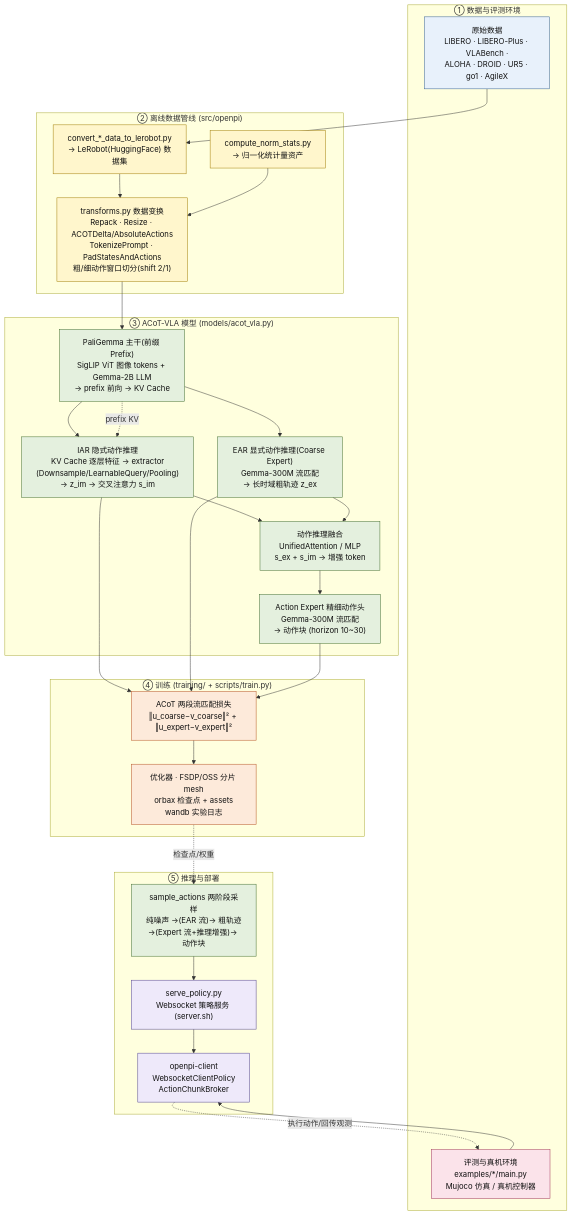
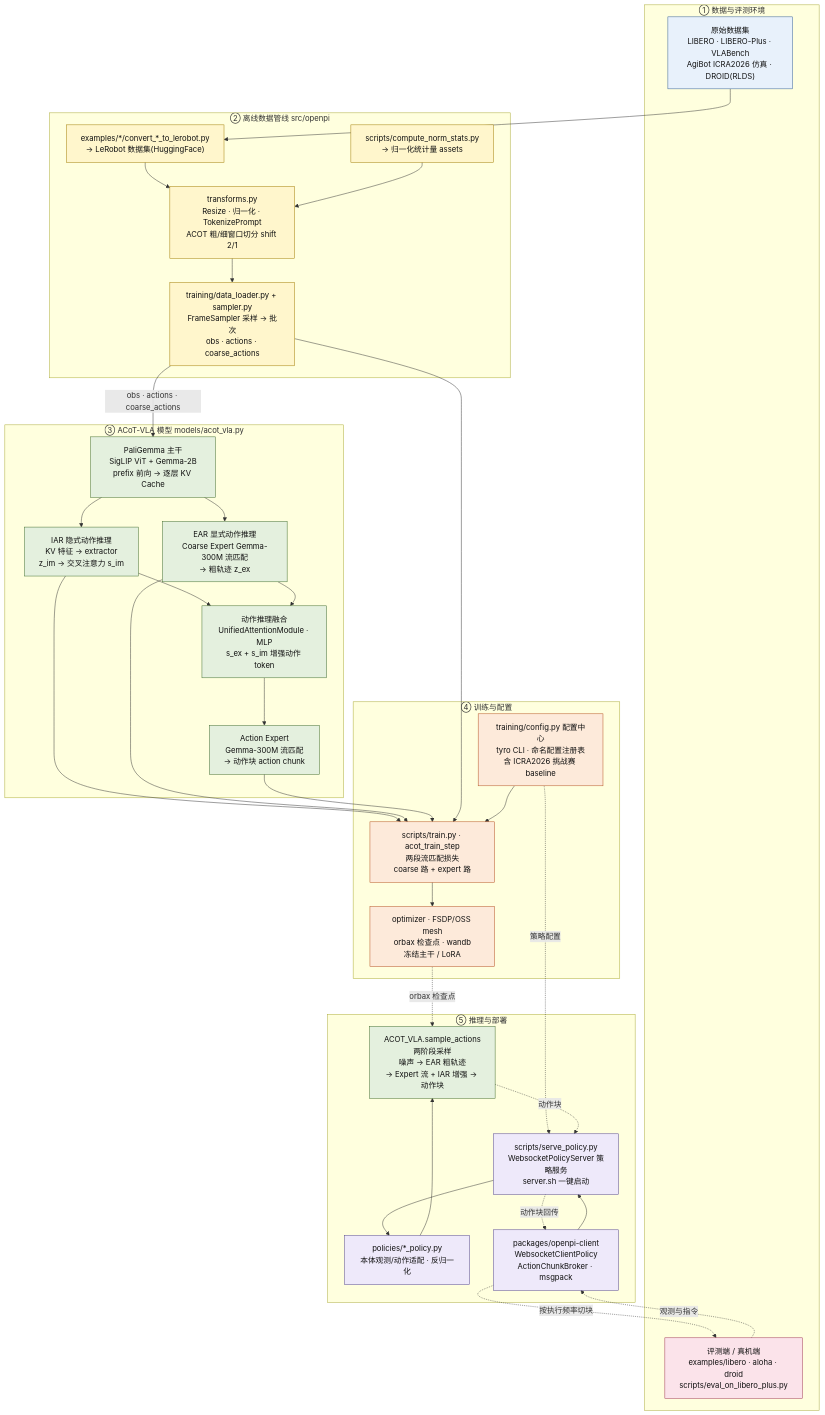
Before and after one commit to v34288154-eng/ACoT-VLA: the first of 3 diagrams in docs-site/docs/architecture.md, drawn with Mermaid. The commit also changed other lines of this file and 11 other files, not shown here.

````diff
--- a/docs-site/docs/architecture.md
+++ b/docs-site/docs/architecture.md
@@ -14,56 +15,67 @@
 ```mermaid
 flowchart TB
     classDef data  fill:#E8F1FB,stroke:#2F5B93,color:#111
     classDef pipe  fill:#FFF6CC,stroke:#A17B00,color:#111
     classDef model fill:#E4F0DE,stroke:#3F6B2C,color:#111
     classDef train fill:#FDEADA,stroke:#B4501E,color:#111
     classDef dep   fill:#EEE9FA,stroke:#4E3F8F,color:#111
     classDef evn   fill:#FBE3EA,stroke:#9E3155,color:#111
 
     subgraph G1["① 数据与评测环境"]
-        D1["原始数据<br/>LIBERO · LIBERO-Plus · VLABench ·<br/>ALOHA · DROID · UR5 · go1 · AgileX"]:::data
-        E1["评测与真机环境<br/>examples/*/main.py<br/>Mujoco 仿真 / 真机控制器"]:::evn
+        D1["原始数据集<br/>LIBERO · LIBERO-Plus · VLABench<br/>AgiBot ICRA2026 仿真 · DROID(RLDS)"]:::data
+        E1["评测端 / 真机端<br/>examples/libero · aloha · droid<br/>scripts/eval_on_libero_plus.py"]:::evn
     end
 
-    subgraph G2["② 离线数据管线 (src/openpi)"]
-        T1["convert_*_data_to_lerobot.py<br/>→ LeRobot(HuggingFace) 数据集"]:::pipe
-        T3["compute_norm_stats.py<br/>→ 归一化统计量资产"]:::pipe
-        T2["transforms.py 数据变换<br/>Repack · Resize · ACOTDelta/AbsoluteActions<br/>TokenizePrompt · PadStatesAndActions<br/>粗/细动作窗口切分(shift 2/1)"]:::pipe
+    subgraph G2["② 离线数据管线 src/openpi"]
+        T1["examples/*/convert_*_to_lerobot.py<br/>→ LeRobot 数据集(HuggingFace)"]:::pipe
+        T3["scripts/compute_norm_stats.py<br/>→ 归一化统计量 assets"]:::pipe
+        T2["transforms.py<br/>Resize · 归一化 · TokenizePrompt<br/>ACOT 粗/细窗口切分 shift 2/1"]:::pipe
+        T4["training/data_loader.py + sampler.py<br/>FrameSampler 采样 → 批次<br/>obs · actions · coarse_actions"]:::pipe
     end
 
-    subgraph G3["③ ACoT-VLA 模型 (models/acot_vla.py)"]
-        M1["PaliGemma 主干(前缀 Prefix)<br/>SigLIP ViT 图像 tokens + Gemma-2B LLM<br/>→ prefix 前向 → KV Cache"]:::model
-        M2["IAR 隐式动作推理<br/>KV Cache 逐层特征 → extractor<br/>(Downsample/LearnableQuery/Pooling)<br/>→ z_im → 交叉注意力 s_im"]:::model
-        M3["EAR 显式动作推理(Coarse Expert)<br/>Gemma-300M 流匹配<br/>→ 长时域粗轨迹 z_ex"]:::model
-        M4["动作推理融合<br/>UnifiedAttention / MLP<br/>s_ex + s_im → 增强 token"]:::model
-        M5["Action Expert 精细动作头<br/>Gemma-300M 流匹配<br/>→ 动作块 (horizon 10~30)"]:::model
+    subgraph G3["③ ACoT-VLA 模型 models/acot_vla.py"]
+        M1["PaliGemma 主干<br/>SigLIP ViT + Gemma-2B<br/>prefix 前向 → 逐层 KV Cache"]:::model
+        M2["IAR 隐式动作推理<br/>KV 特征 → extractor<br/>z_im → 交叉注意力 s_im"]:::model
+        M3["EAR 显式动作推理<br/>Coarse Expert Gemma-300M 流匹配<br/>→ 粗轨迹 z_ex"]:::model
+        M4["动作推理融合<br/>UnifiedAttentionModule · MLP<br/>s_ex + s_im 增强动作 token"]:::model
+        M5["Action Expert<br/>Gemma-300M 流匹配<br/>→ 动作块 action chunk"]:::model
     end
 
-    subgraph G4["④ 训练 (training/ + scripts/train.py)"]
-        R1["ACoT 两段流匹配损失<br/>‖u_coarse−v_coarse‖² + ‖u_expert−v_expert‖²"]:::train
-        R2["优化器 · FSDP/OSS 分片 mesh<br/>orbax 检查点 + assets<br/>wandb 实验日志"]:::train
+    subgraph G4["④ 训练与配置"]
+        R1["scripts/train.py · acot_train_step<br/>两段流匹配损失<br/>coarse 路 + expert 路"]:::train
+        R2["optimizer · FSDP/OSS mesh<br/>orbax 检查点 · wandb<br/>冻结主干 / LoRA"]:::train
+        R3["training/config.py 配置中心<br/>tyro CLI · 命名配置注册表<br/>含 ICRA2026 挑战赛 baseline"]:::train
     end
 
     subgraph G5["⑤ 推理与部署"]
-        S1["sample_actions 两阶段采样<br/>纯噪声 →(EAR 流)→ 粗轨迹<br/>→(Expert 流+推理增强)→ 动作块"]:::model
-        S2["serve_policy.py<br/>Websocket 策略服务 (server.sh)"]:::dep
-        S3["openpi-client<br/>WebsocketClientPolicy<br/>ActionChunkBroker"]:::dep
+        S1["ACOT_VLA.sample_actions<br/>两阶段采样<br/>噪声 → EAR 粗轨迹<br/>→ Expert 流 + IAR 增强 → 动作块"]:::model
+        S2["policies/*_policy.py<br/>本体观测/动作适配 · 反归一化"]:::dep
+        S3["scripts/serve_policy.py<br/>WebsocketPolicyServer 策略服务<br/>server.sh 一键启动"]:::dep
+        S4["packages/openpi-client<br/>WebsocketClientPolicy<br/>ActionChunkBroker · msgpack"]:::dep
     end
 
-    D1 --> T1 --> T2 --> M1
+    D1 --> T1
+    T1 --> T2 --> T4
     T3 --> T2
+    T4 -->|obs · actions · coarse_actions| M1
     M1 --> M2
+    M1 --> M3
     M2 --> M4
-    M1 --> M3
     M3 --> M4
     M4 --> M5
-    M1 -. prefix KV .-> M2
     M2 --> R1
     M3 --> R1
     M5 --> R1
+    T4 --> R1
+    R3 --> R1
     R1 --> R2
-    R2 -. 检查点/权重 .-> S1
-    S1 --> S2 --> S3
-    E1 --> S3
-    S3 -. 执行动作/回传观测 .-> E1
+    R2 -. orbax 检查点 .-> S1
+    R3 -. 策略配置 .-> S3
+    E1 -. 观测与指令 .-> S4
+    S4 --> S3
+    S3 --> S2
+    S2 --> S1
+    S1 -. 动作块 .-> S3
+    S3 -. 动作块回传 .-> S4
+    S4 -. 按执行频率切块 .-> E1
 ```
````
